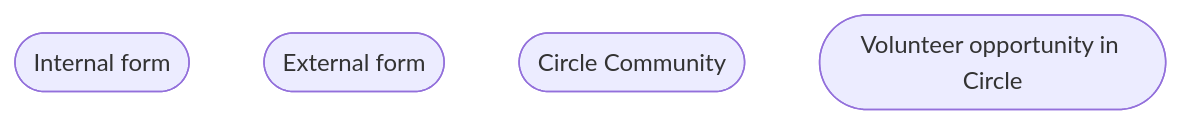
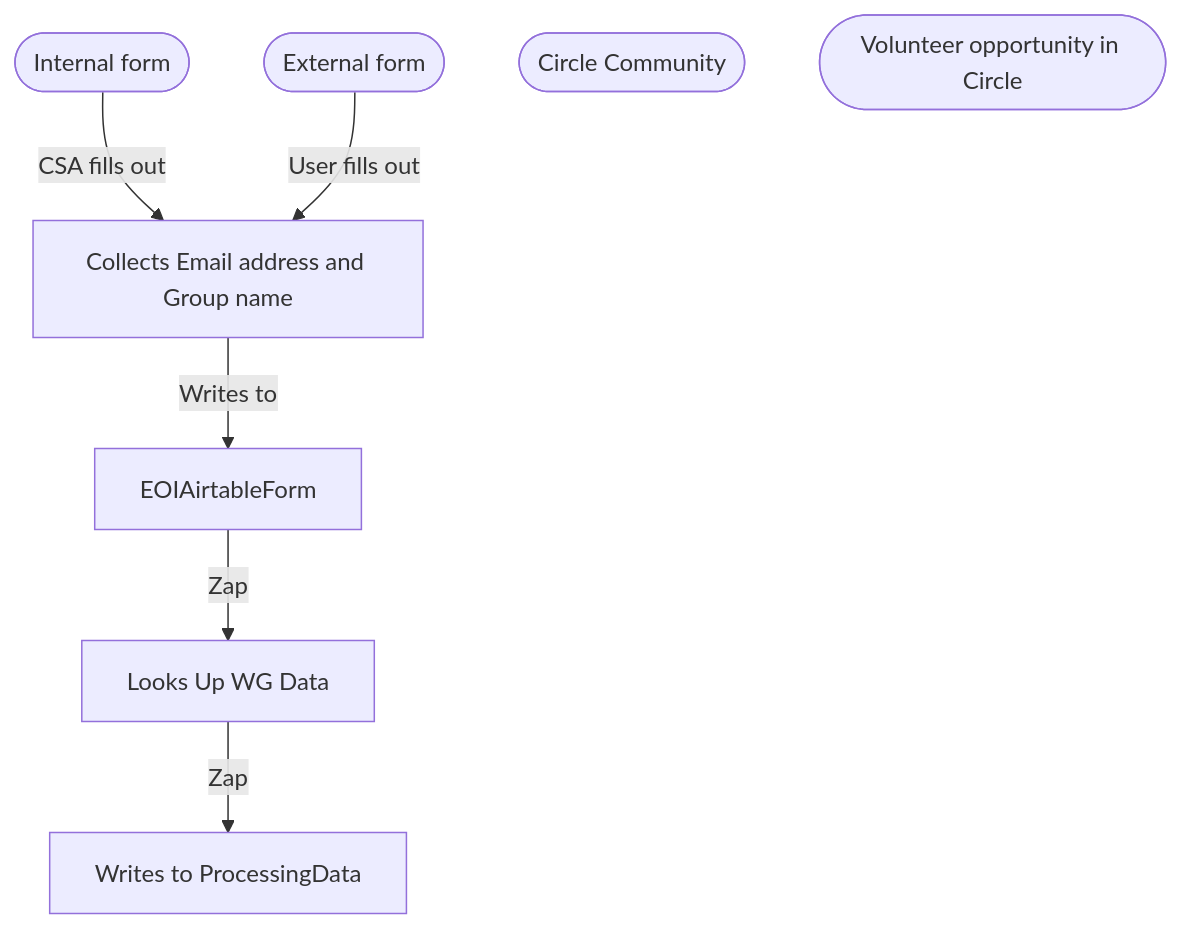
The diagram in projects/WG-automation/diagram.md (CloudSecurityAlliance/CSA-IT-Operations), drawn with Mermaid before and after one commit.

````diff
--- a/projects/WG-automation/diagram.md
+++ b/projects/WG-automation/diagram.md
@@ -1,17 +1,23 @@
 ```mermaid
 graph TD;
 
 
 internalForm([Internal form])
 
 externalForm([External form])
 %% requires email validation, e.g. Google forms "Collect email addresses Respondents will be required to sign in to Google"
 
 joinCommunity([Circle Community])
 joinVolunteer([Volunteer opportunity in Circle])
 
- 
+internalForm --> |CSA fills out| collectEmailAndGroup[Collects Email address and Group name]
+externalForm --> |User fills out| collectEmailAndGroup[Collects Email address and Group name]
+
+collectEmailAndGroup --> |Writes to| EOIAirtableForm[EOIAirtableForm]
+
+EOIAirtableForm --> |Zap| LookupWGData[Looks Up WG Data]
+LookupWGData --> |Zap| WritesToProcessingData[Writes to ProcessingData]
 
  
 
 ```
````
